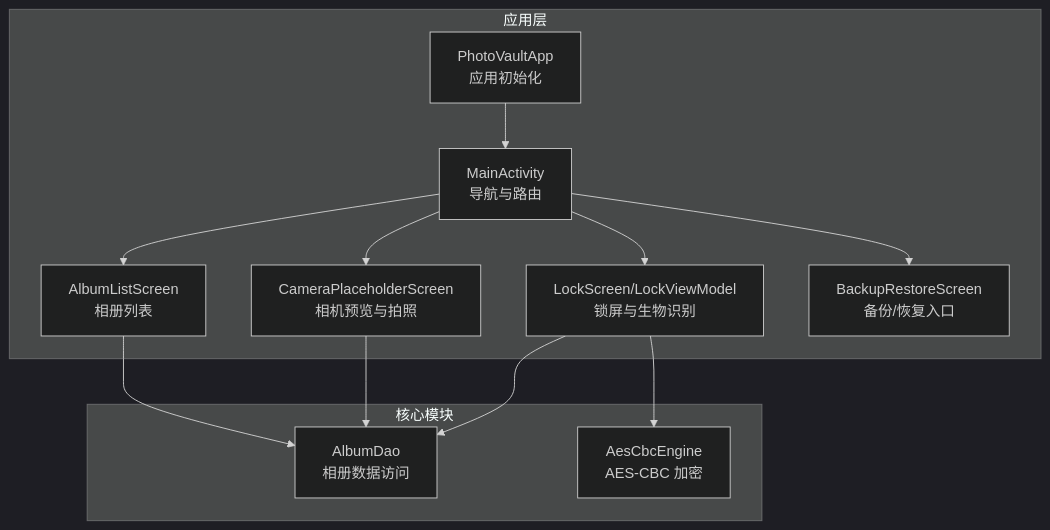
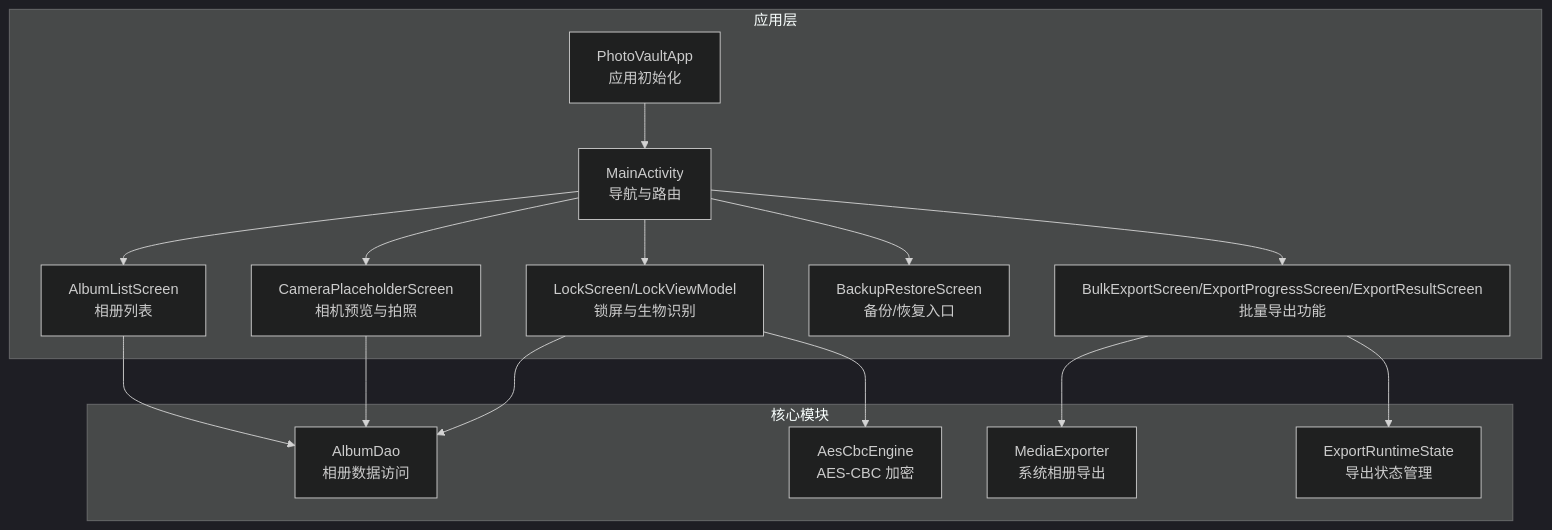
Before and after one commit to wanhongbo/ai-photo-vault: the first of 7 diagrams in .qoder/repowiki/zh/content/系统集成/系统集成.md, drawn with Mermaid (dark theme). The commit also changed other lines of this file and 22 other files, not shown here.

````diff
--- a/.qoder/repowiki/zh/content/系统集成/系统集成.md
+++ b/.qoder/repowiki/zh/content/系统集成/系统集成.md
@@ -49,24 +63,30 @@
 ```mermaid
 graph TB
 subgraph "应用层"
 App["PhotoVaultApp<br/>应用初始化"]
 Act["MainActivity<br/>导航与路由"]
 Lock["LockScreen/LockViewModel<br/>锁屏与生物识别"]
 Cam["CameraPlaceholderScreen<br/>相机预览与拍照"]
 Albums["AlbumListScreen<br/>相册列表"]
 Backup["BackupRestoreScreen<br/>备份/恢复入口"]
+Export["BulkExportScreen/ExportProgressScreen/ExportResultScreen<br/>批量导出功能"]
 end
 subgraph "核心模块"
 DB["AlbumDao<br/>相册数据访问"]
 Crypto["AesCbcEngine<br/>AES-CBC 加密"]
+Media["MediaExporter<br/>系统相册导出"]
+State["ExportRuntimeState<br/>导出状态管理"]
 end
 App --> Act
 Act --> Lock
 Act --> Cam
 Act --> Albums
 Act --> Backup
+Act --> Export
 Lock --> DB
 Cam --> DB
 Albums --> DB
 Lock --> Crypto
+Export --> Media
+Export --> State
 ```
````
